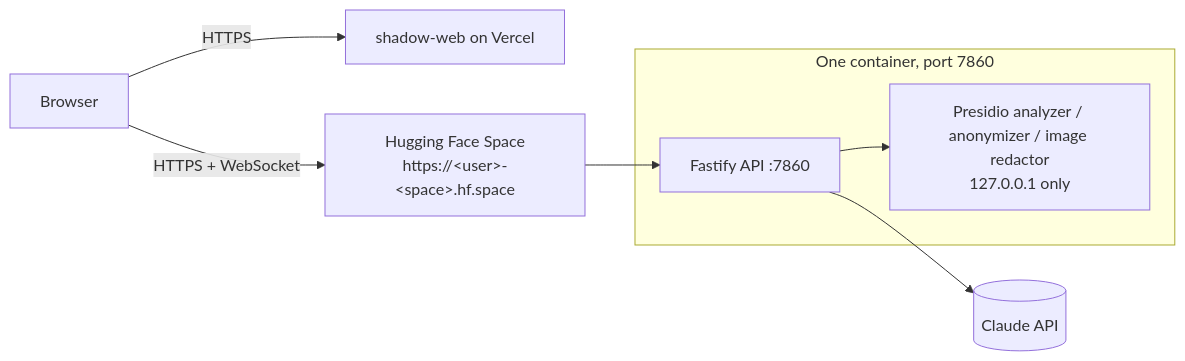
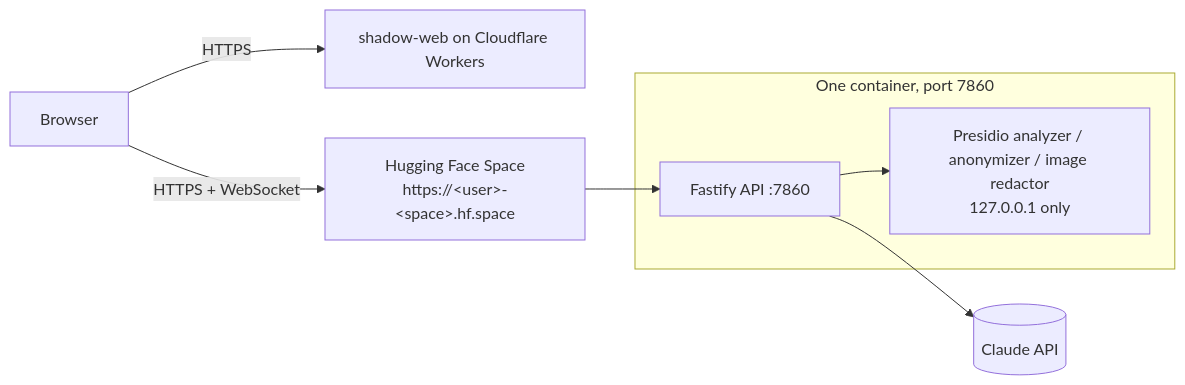
The diagram in docs/DEPLOY_SPACE.md (TanbirRamim/elevenlabs-agent), drawn with Mermaid before and after one commit. The commit also changed other lines of this file and 23 other files, not shown here.

````diff
--- a/docs/DEPLOY_SPACE.md
+++ b/docs/DEPLOY_SPACE.md
@@ -7,10 +7,10 @@
 ```mermaid
 flowchart LR
-  B[Browser] -->|HTTPS| V[shadow-web on Vercel]
+  B[Browser] -->|HTTPS| V[shadow-web on Cloudflare Workers]
   B -->|HTTPS + WebSocket| S["Hugging Face Space<br/>https://&lt;user&gt;-&lt;space&gt;.hf.space"]
   subgraph S1 [One container, port 7860]
     A[Fastify API :7860] --> P[Presidio analyzer / anonymizer / image redactor<br/>127.0.0.1 only]
   end
   S --> A
   A --> C[(Claude API)]
 ```
````
